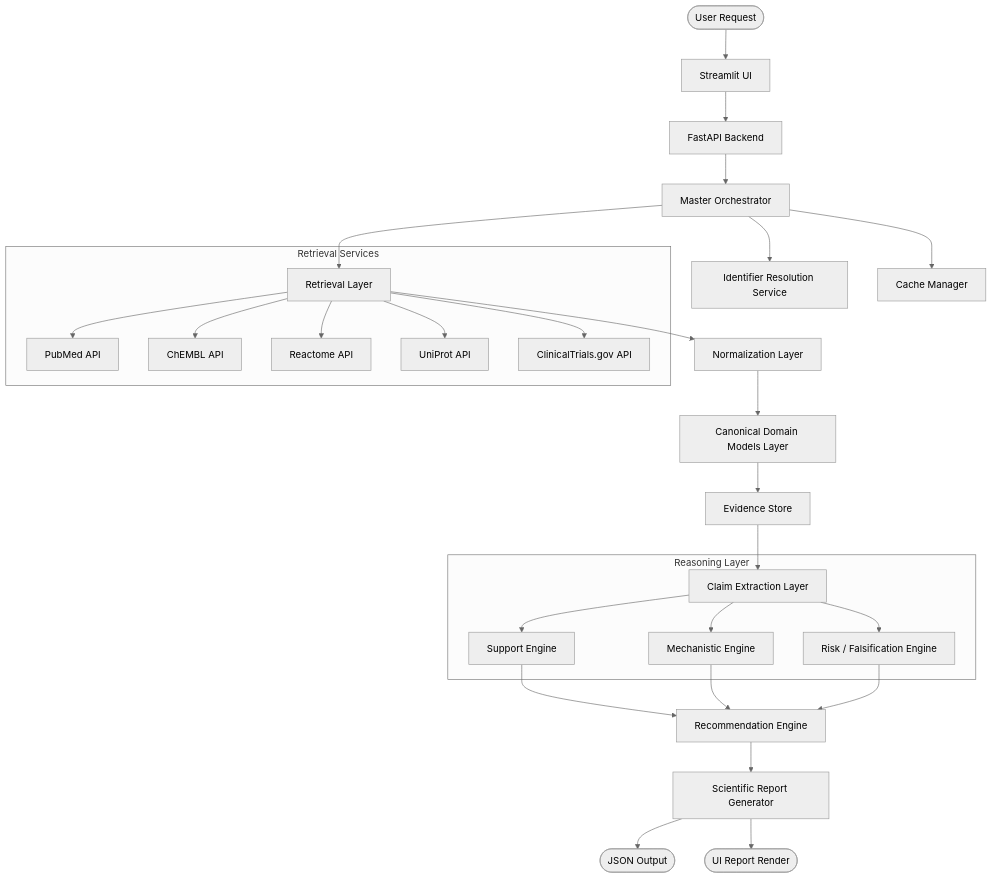
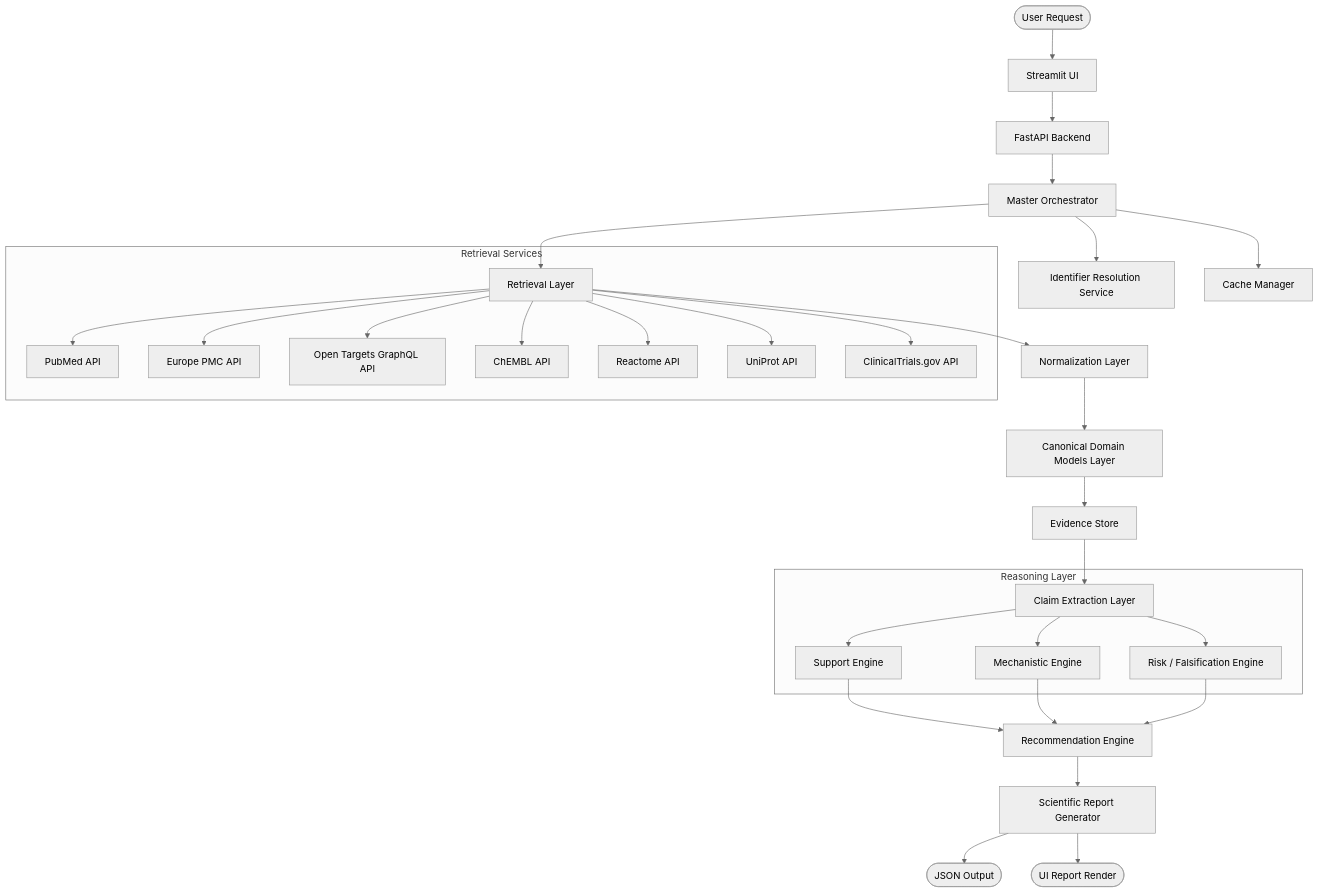
The first of 3 diagrams in 01_SYSTEM_ARCHITECTURE.md (sameekshaa19/cynthera), drawn with Mermaid (neutral theme) before and after one commit. The commit also changed 35 other files, not shown here.

````diff
--- a/01_SYSTEM_ARCHITECTURE.md
+++ b/01_SYSTEM_ARCHITECTURE.md
@@ -33,37 +33,39 @@
 ```mermaid
 graph TD
     User([User Request]) --> UI[Streamlit UI]
     UI --> Backend[FastAPI Backend]
     Backend --> Orchestrator[Master Orchestrator]
     
     Orchestrator --> Resolver[Identifier Resolution Service]
     Orchestrator --> Cache[Cache Manager]
     Orchestrator --> Retrieval[Retrieval Layer]
     
     subgraph Retrieval Services
         Retrieval --> PubMed[PubMed API]
+        Retrieval --> EuropePMC[Europe PMC API]
+        Retrieval --> OpenTargets[Open Targets GraphQL API]
         Retrieval --> ChEMBL[ChEMBL API]
         Retrieval --> Reactome[Reactome API]
         Retrieval --> UniProt[UniProt API]
         Retrieval --> ClinTrials[ClinicalTrials.gov API]
     end
     
     Retrieval --> Normalizer[Normalization Layer]
     Normalizer --> Canonical[Canonical Domain Models Layer]
     Canonical --> EvStore[Evidence Store]
     EvStore --> ClaimExtractor[Claim Extraction Layer]
     
     subgraph Reasoning Layer
         ClaimExtractor --> SupportEngine[Support Engine]
         ClaimExtractor --> MechEngine[Mechanistic Engine]
         ClaimExtractor --> RiskEngine[Risk / Falsification Engine]
     end
     
     SupportEngine --> RecEngine[Recommendation Engine]
     MechEngine --> RecEngine
     RiskEngine --> RecEngine
     
     RecEngine --> ReportGen[Scientific Report Generator]
     ReportGen --> JSONOutput([JSON Output])
     ReportGen --> UIReport([UI Report Render])
 ```
````
